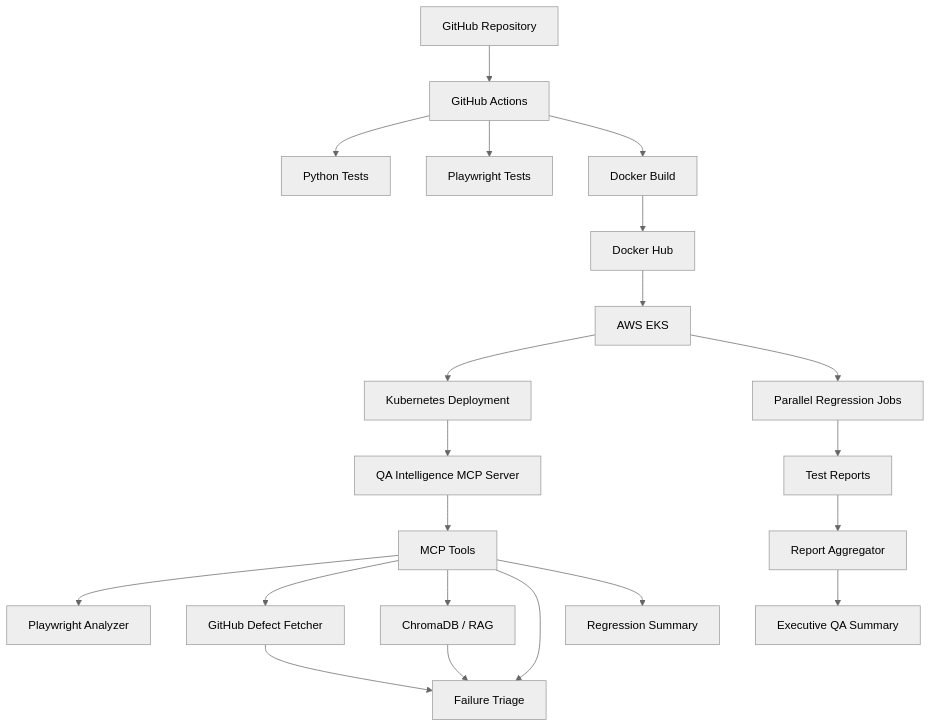
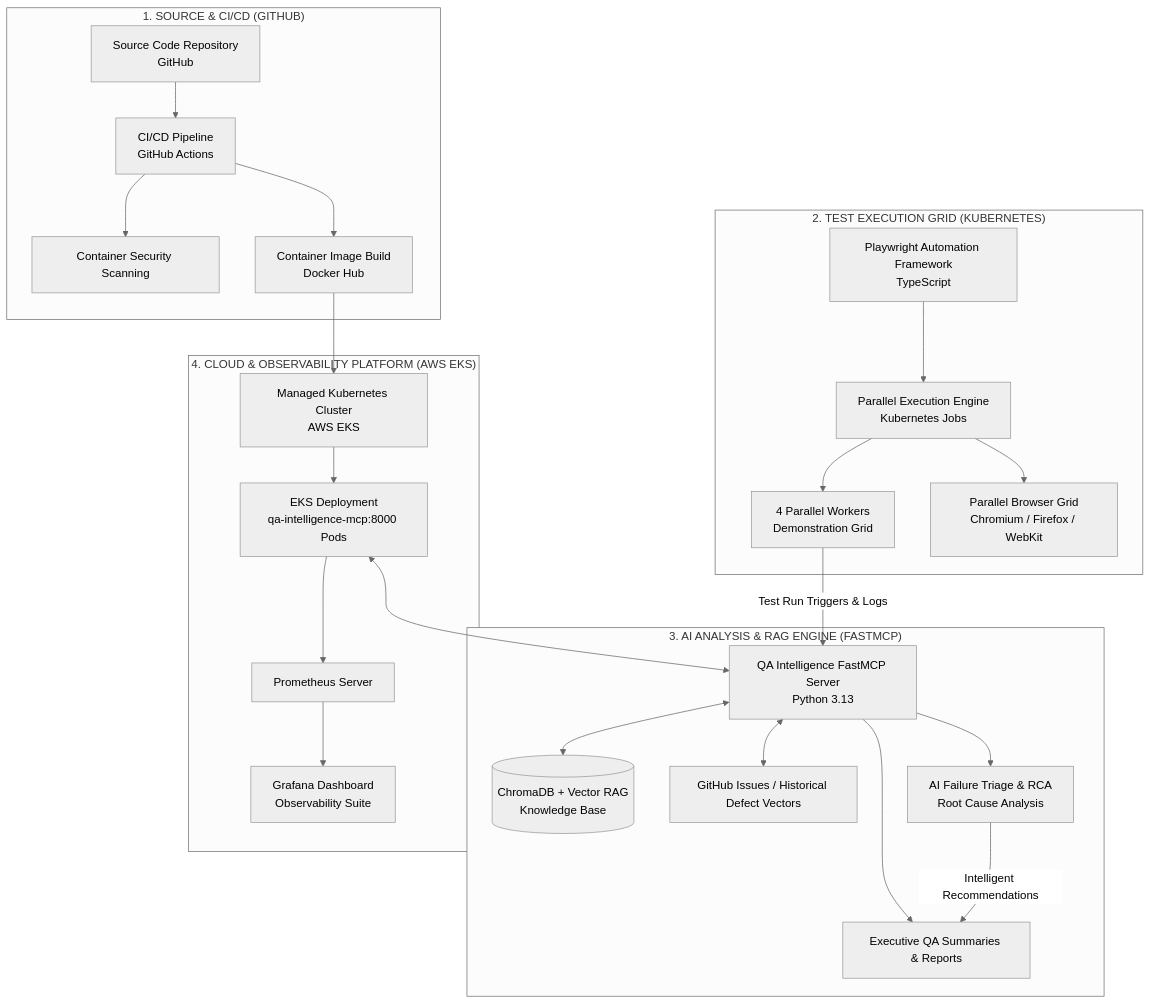
The diagram in README.md (sathishp1connect-ctrl/qa-intelligence-mcp), drawn with Mermaid (neutral theme) before and after one commit. The commit also changed other lines of this file and 3 other files, not shown here.

Commit message:
docs: finalize README, architecture diagrams, and GitHub Actions workflows

````diff
--- a/README.md
+++ b/README.md
@@ -57,35 +51,46 @@
 ```mermaid
 flowchart TD
+    subgraph Layer1 ["1. SOURCE & CI/CD (GITHUB)"]
+        GH[Source Code Repository
+GitHub] --> GHA[CI/CD Pipeline
+GitHub Actions]
+        GHA --> Security[Container Security Scanning]
+        GHA --> Build[Container Image Build
+Docker Hub]
+    end
 
-    A[GitHub Repository] --> B[GitHub Actions]
+    subgraph Layer2 ["2. TEST EXECUTION GRID (KUBERNETES)"]
+        PW[Playwright Automation Framework
+TypeScript] --> Grid[Parallel Execution Engine
+Kubernetes Jobs]
+        Grid --> Workers[4 Parallel Workers
+Demonstration Grid]
+        Grid --> BrowserGrid[Parallel Browser Grid
+Chromium / Firefox / WebKit]
+    end
 
-    B --> C[Python Tests]
-    B --> D[Playwright Tests]
+    subgraph Layer3 ["3. AI ANALYSIS & RAG ENGINE (FASTMCP)"]
+        MCP[QA Intelligence FastMCP Server
+Python 3.13]
+        MCP <--> RAG[(ChromaDB + Vector RAG
+Knowledge Base)]
+        MCP <--> GHIssues[GitHub Issues / Historical Defect Vectors]
+        MCP --> RCA[AI Failure Triage & RCA
+Root Cause Analysis]
+        MCP --> Reports[Executive QA Summaries & Reports]
+    end
 
-    B --> E[Docker Build]
-    E --> F[Docker Hub]
+    subgraph Layer4 ["4. CLOUD & OBSERVABILITY PLATFORM (AWS EKS)"]
+        Build --> EKS[Managed Kubernetes Cluster
+AWS EKS]
+        EKS --> Pods[EKS Deployment
+qa-intelligence-mcp:8000 Pods]
+        Pods <--> MCP
+        Pods --> Prom[Prometheus Server]
+        Prom --> Grafana[Grafana Dashboard
+Observability Suite]
+    end
 
-    F --> G[AWS EKS]
-
-    G --> H[Kubernetes Deployment]
-    H --> I[QA Intelligence MCP Server]
-
-    G --> J[Parallel Regression Jobs]
-
-    I --> K[MCP Tools]
-
-    K --> L[Playwright Analyzer]
-    K --> M[GitHub Defect Fetcher]
-    K --> N[ChromaDB / RAG]
-    K --> O[Failure Triage]
-    K --> P[Regression Summary]
-
-    J --> Q[Test Reports]
-
-    Q --> R[Report Aggregator]
-
-    R --> S[Executive QA Summary]
-
-    M --> O
-    N --> O
+    Workers -->|Test Run Triggers & Logs| MCP
+    RCA -->|Intelligent Recommendations| Reports
 ```
````
